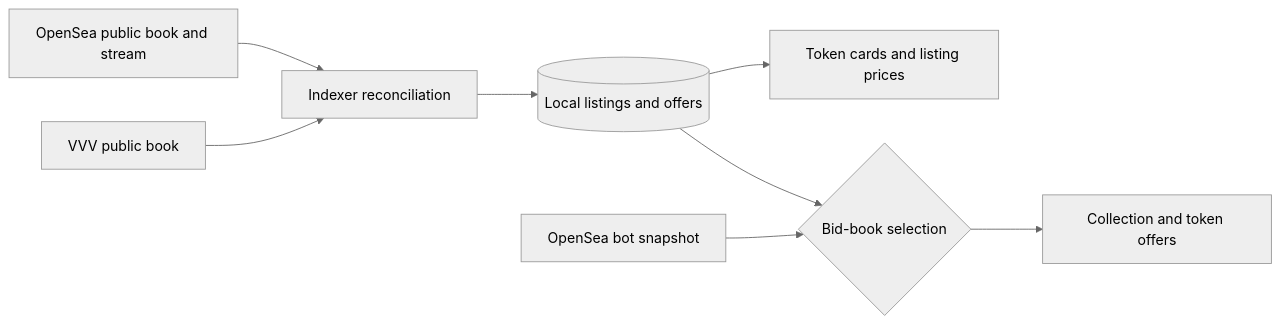
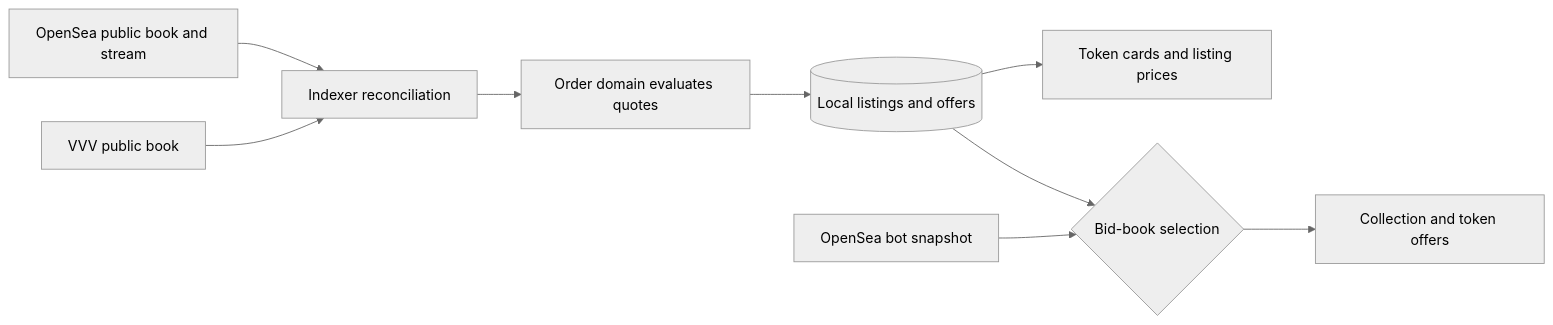
The diagram in docs/indexer/21-multiple-orderbooks.md (d347h-eth/artgod), drawn with Mermaid (neutral theme) before and after one commit. The commit also changed other lines of this file, not shown here.

Commit message:
docs(indexer): publish complete books and rank offers by seller proceeds

````diff
--- a/docs/indexer/21-multiple-orderbooks.md
+++ b/docs/indexer/21-multiple-orderbooks.md
@@ -15,10 +12,11 @@
 ```mermaid
 flowchart LR
     OS[OpenSea public book and stream] --> Sync[Indexer reconciliation]
     VVV[VVV public book] --> Sync
-    Sync --> Local[(Local listings and offers)]
+    Sync --> Orders[Order domain evaluates quotes]
+    Orders --> Local[(Local listings and offers)]
     Local --> Listings[Token cards and listing prices]
     Local --> Select{Bid-book selection}
     Bot[OpenSea bot snapshot] --> Select
     Select --> Offers[Collection and token offers]
 ```
````
